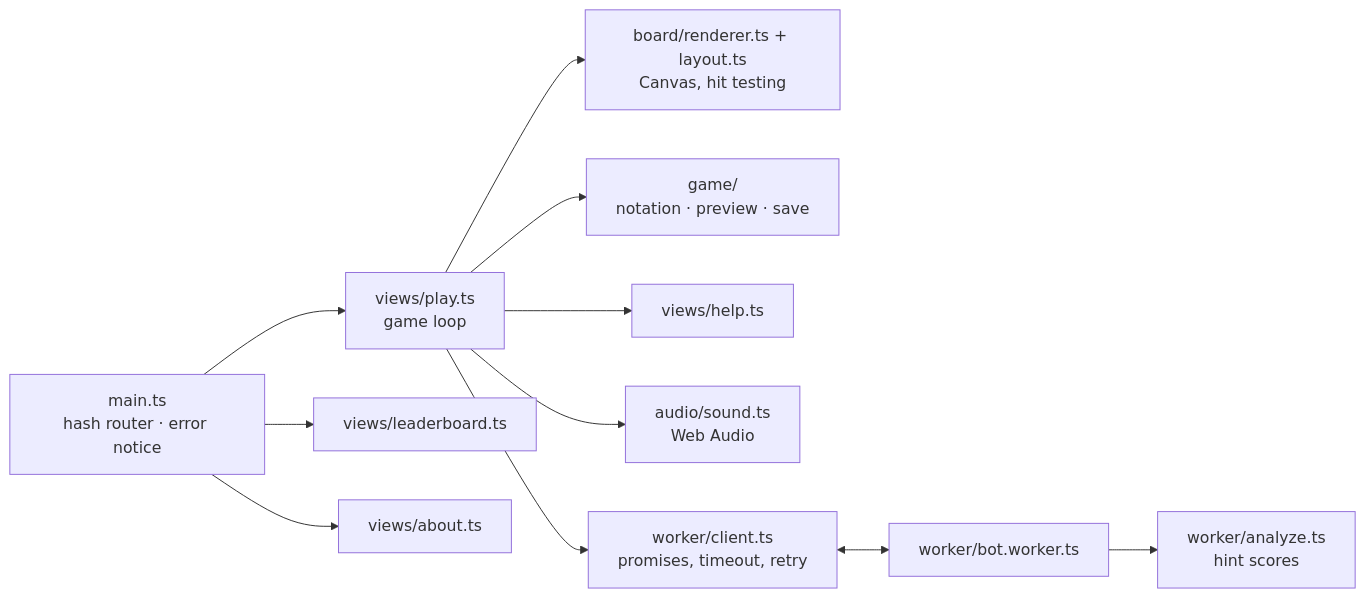
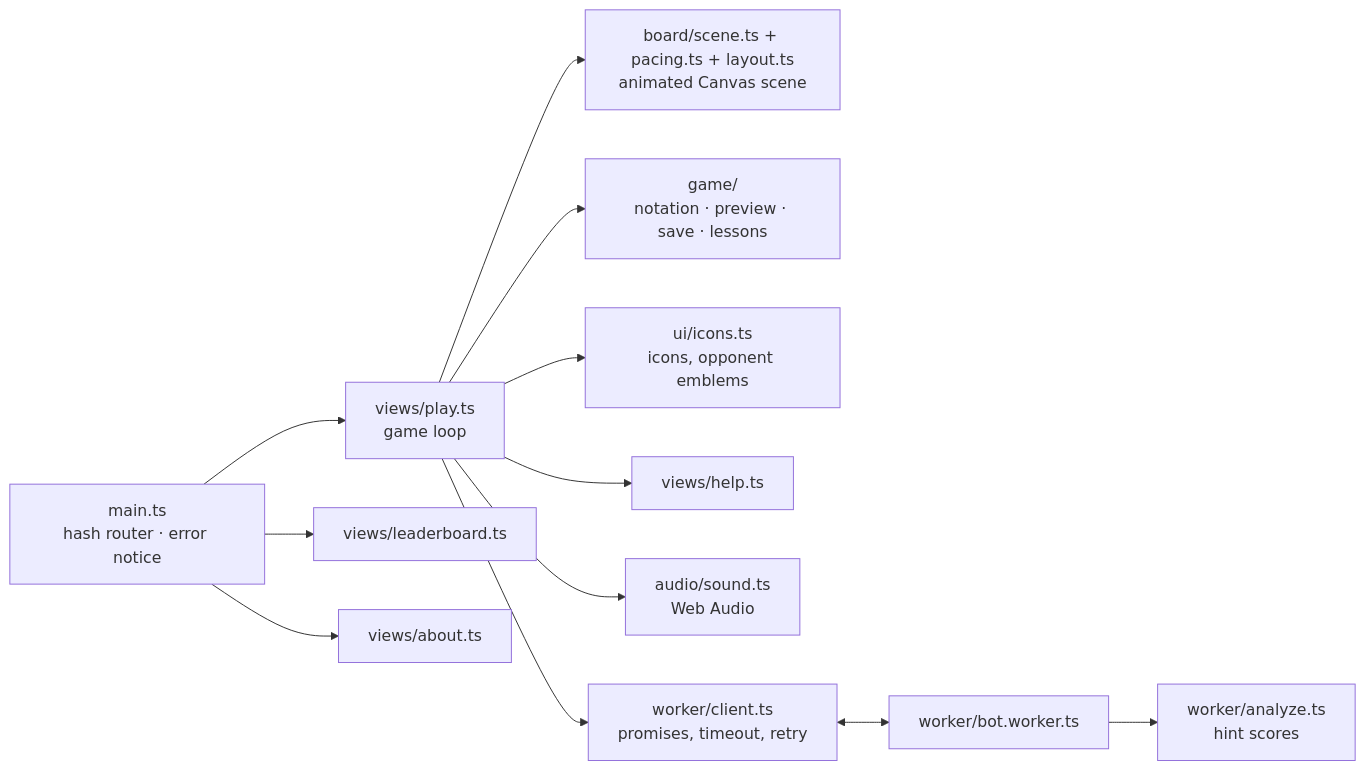
Before and after one commit to robertgeraldsenasin/hasik: the fourth of 8 diagrams in docs/ARCHITECTURE.md, drawn with Mermaid. The commit also changed other lines of this file and 27 other files, not shown here.

First line of the commit message:
feat(web): animated board, played tutorial and a phone layout

````diff
--- a/docs/ARCHITECTURE.md
+++ b/docs/ARCHITECTURE.md
@@ -89,13 +89,14 @@
 ```mermaid
 flowchart LR
   main[main.ts<br/>hash router · error notice] --> play[views/play.ts<br/>game loop]
   main --> lb[views/leaderboard.ts]
   main --> about[views/about.ts]
-  play --> board[board/renderer.ts + layout.ts<br/>Canvas, hit testing]
-  play --> game[game/<br/>notation · preview · save]
+  play --> board[board/scene.ts + pacing.ts + layout.ts<br/>animated Canvas scene]
+  play --> game[game/<br/>notation · preview · save · lessons]
+  play --> ui[ui/icons.ts<br/>icons, opponent emblems]
   play --> help[views/help.ts]
   play --> audio[audio/sound.ts<br/>Web Audio]
   play --> client[worker/client.ts<br/>promises, timeout, retry]
   client <--> worker[worker/bot.worker.ts]
   worker --> analyze[worker/analyze.ts<br/>hint scores]
 ```
````
